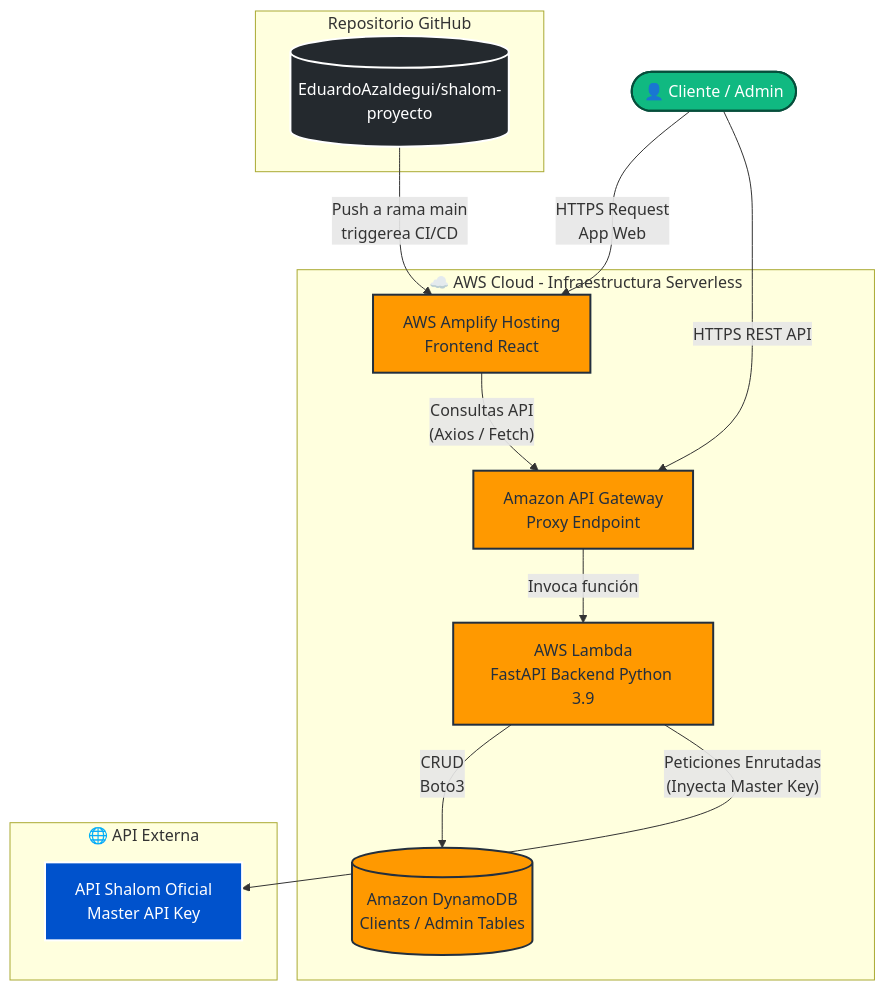
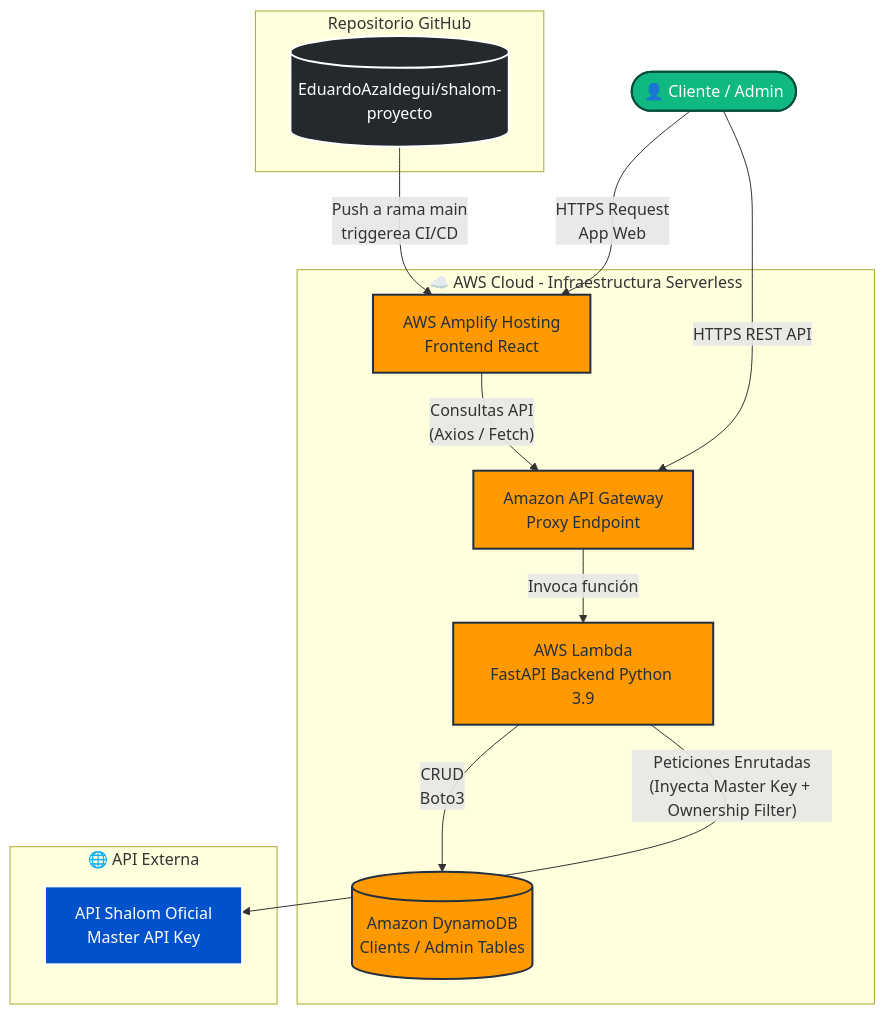
One commit to EduardoAzaldegui/shalom-proyecto changed the diagram in INFRAESTRUCTURA.md. Above: the diagram before and after it, drawn with Mermaid. The commit also changed other lines of this file and 4 other files, not shown here.

````diff
--- a/INFRAESTRUCTURA.md
+++ b/INFRAESTRUCTURA.md
@@ -7,34 +7,32 @@
 ```mermaid
 flowchart TD
-    %% Estilos
     classDef aws fill:#FF9900,stroke:#232F3E,stroke-width:2px,color:#232F3E;
     classDef github fill:#24292e,stroke:#fff,stroke-width:2px,color:#fff;
     classDef shalom fill:#0052cc,stroke:#fff,stroke-width:2px,color:#fff;
     classDef user fill:#10b981,stroke:#064e3b,stroke-width:2px,color:#fff;
 
     User([👤 Cliente / Admin]):::user
 
     subgraph GitHub [Repositorio GitHub]
         Repo[(EduardoAzaldegui/shalom-proyecto)]:::github
     end
 
     subgraph AWS_Cloud [☁️ AWS Cloud - Infraestructura Serverless]
         Amplify[AWS Amplify Hosting<br/>Frontend React]:::aws
         APIGW[Amazon API Gateway<br/>Proxy Endpoint]:::aws
         Lambda[AWS Lambda<br/>FastAPI Backend Python 3.9]:::aws
         DynamoDB[(Amazon DynamoDB<br/>Clients / Admin Tables)]:::aws
     end
 
     subgraph External_API [🌐 API Externa]
         Shalom[API Shalom Oficial<br/>Master API Key]:::shalom
     end
 
-    %% Relaciones
     Repo -- "Push a rama main\ntriggerea CI/CD" --> Amplify
     User -- "HTTPS Request\nApp Web" --> Amplify
     User -- "HTTPS REST API" --> APIGW
     Amplify -- "Consultas API\n(Axios / Fetch)" --> APIGW
     APIGW -- "Invoca función" --> Lambda
     Lambda -- "CRUD\nBoto3" --> DynamoDB
-    Lambda -- "Peticiones Enrutadas\n(Inyecta Master Key)" --> Shalom
+    Lambda -- "Peticiones Enrutadas\n(Inyecta Master Key + Ownership Filter)" --> Shalom
 ```
````
